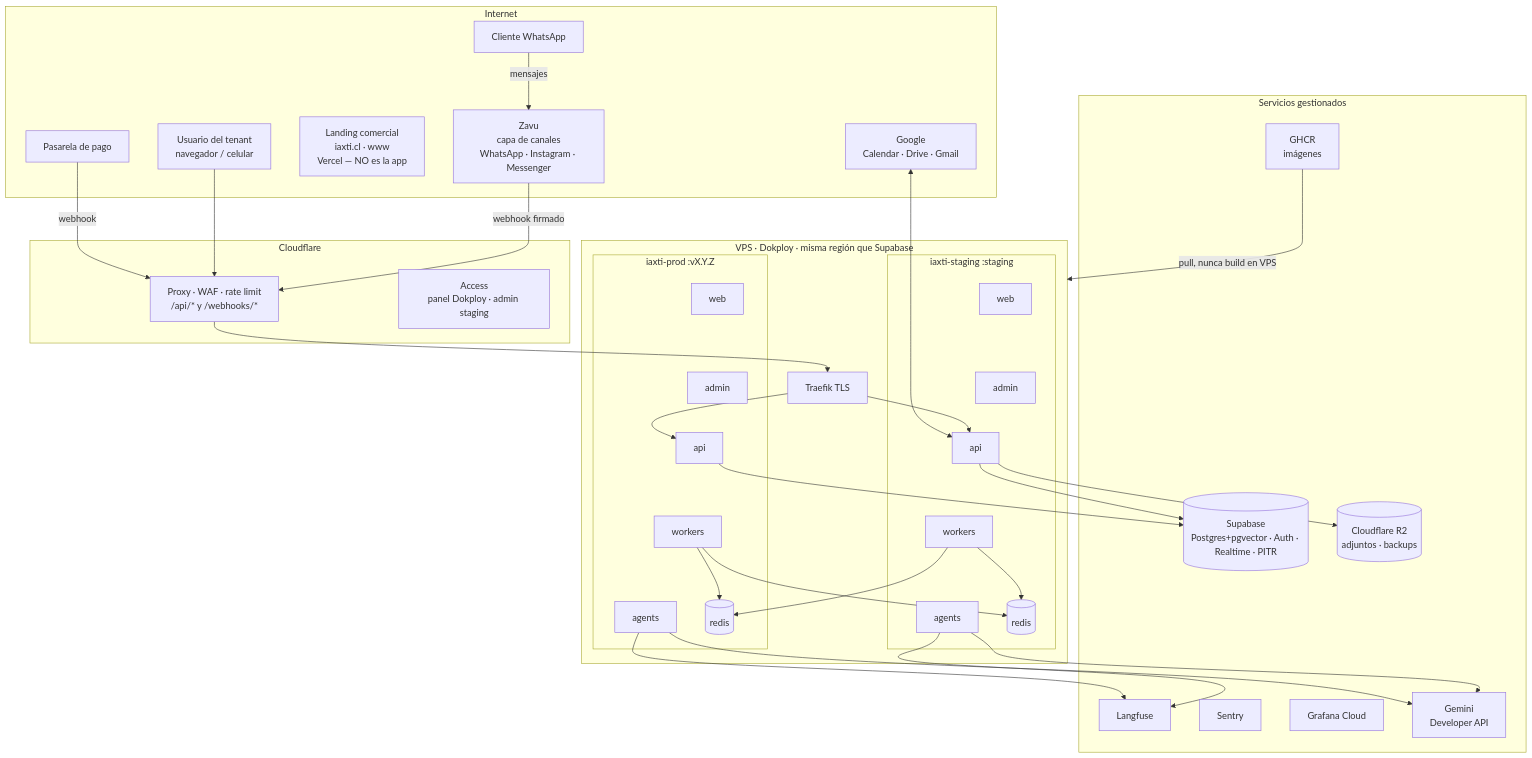
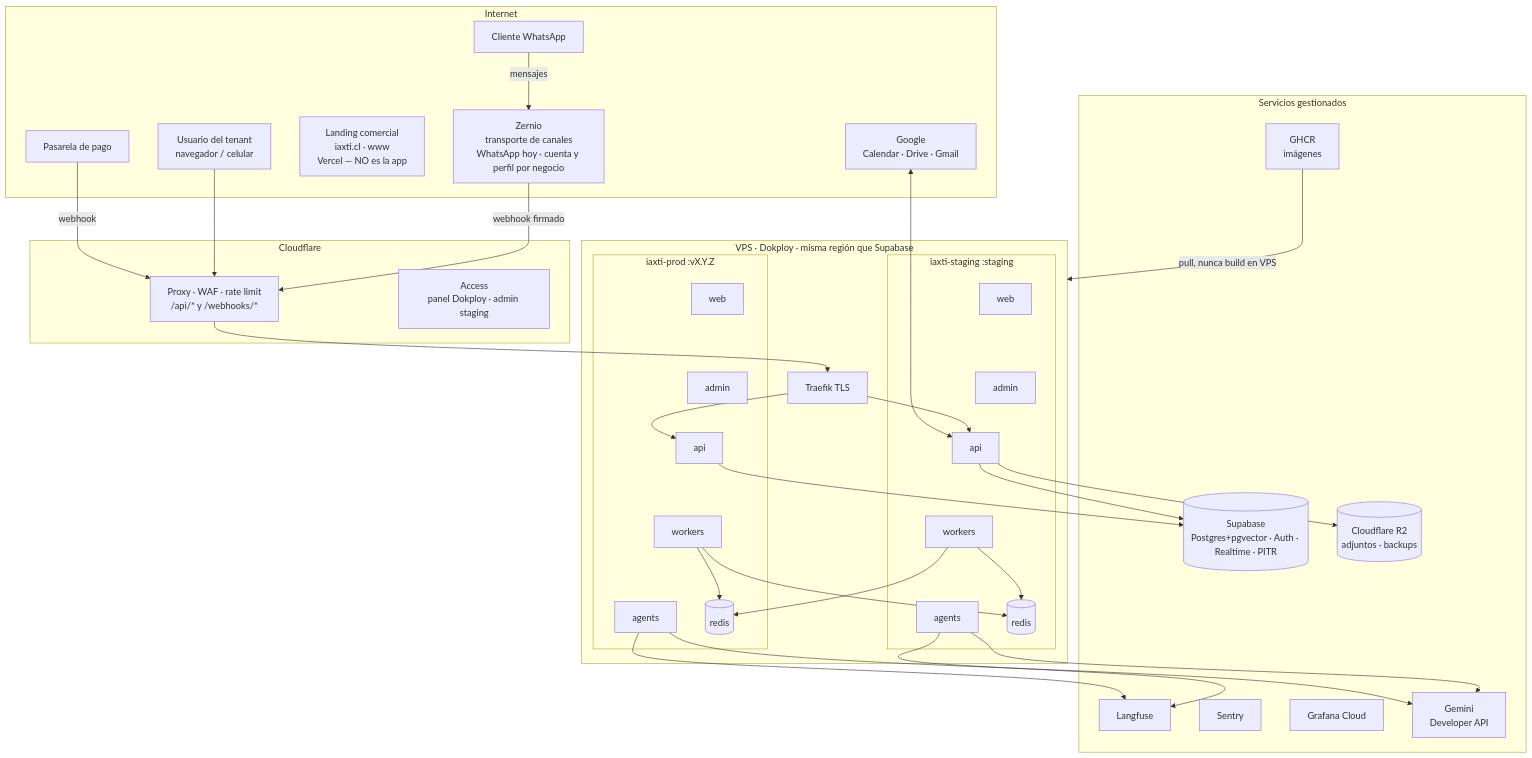
Before and after one commit to voxtilabs/IAxTi: the first of 7 diagrams in docs/ARCHITECTURE.md, drawn with Mermaid. The commit also changed other lines of this file and 145 other files, not shown here.

First line of the commit message:
refactor!: retira Zavu del código y del despliegue — Zernio único transporte (#1339)

````diff
--- a/docs/ARCHITECTURE.md
+++ b/docs/ARCHITECTURE.md
@@ -8,49 +8,49 @@
 ```mermaid
 flowchart TB
   subgraph internet[Internet]
     C[Cliente WhatsApp]
     U[Usuario del tenant<br/>navegador / celular]
-    K[Zavu<br/>capa de canales<br/>WhatsApp · Instagram · Messenger]
+    K[Zernio<br/>transporte de canales<br/>WhatsApp hoy · cuenta y perfil por negocio]
     L[Landing comercial<br/>iaxti.cl · www<br/>Vercel — NO es la app]
     G[Google<br/>Calendar · Drive · Gmail]
     P[Pasarela de pago]
   end
 
   subgraph cf[Cloudflare]
     WAF[Proxy · WAF · rate limit<br/>/api/* y /webhooks/*]
     ACC[Access<br/>panel Dokploy · admin staging]
   end
 
   subgraph vps[VPS · Dokploy · misma región que Supabase]
     T[Traefik TLS]
     subgraph stg[iaxti-staging :staging]
       SW[web] ~~~ SA[admin] ~~~ SAPI[api] ~~~ SWK[workers] ~~~ SAG[agents]
       SR[(redis)]
     end
     subgraph prd[iaxti-prod :vX.Y.Z]
       PW[web] ~~~ PA[admin] ~~~ PAPI[api] ~~~ PWK[workers] ~~~ PAG[agents]
       PR[(redis)]
     end
   end
 
   subgraph ext[Servicios gestionados]
     SB[(Supabase<br/>Postgres+pgvector · Auth · Realtime · PITR)]
     R2[(Cloudflare R2<br/>adjuntos · backups)]
     GH[GHCR<br/>imágenes]
     LF[Langfuse]
     SEN[Sentry]
     GC[Grafana Cloud]
     GEM[Gemini<br/>Developer API]
   end
 
   C -->|mensajes| K -->|webhook firmado| WAF --> T
   U --> WAF
   T --> SAPI & PAPI
   SAPI & PAPI --> SB
   SWK & PWK --> SR & PR
   SAG & PAG --> GEM & LF
   SAPI --> R2
   GH -->|pull, nunca build en VPS| vps
   G <--> SAPI
   P -->|webhook| WAF
 ```
````
